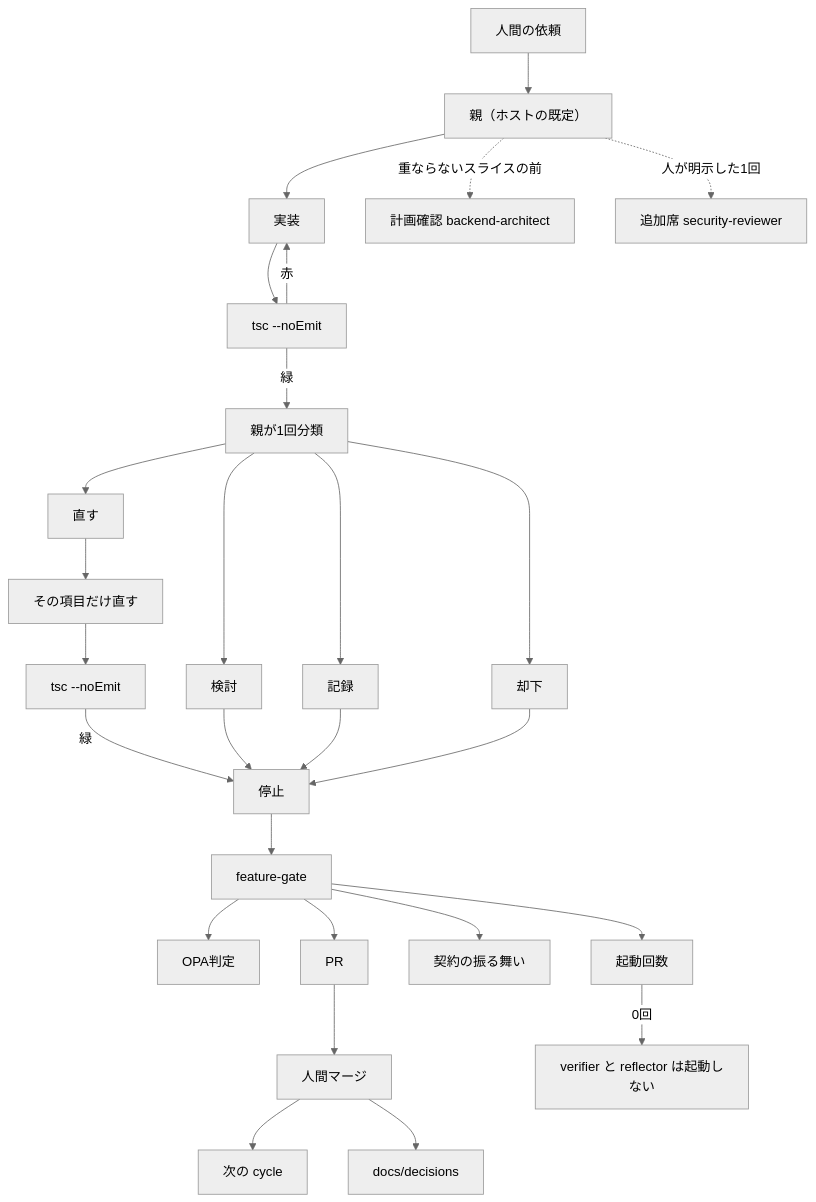
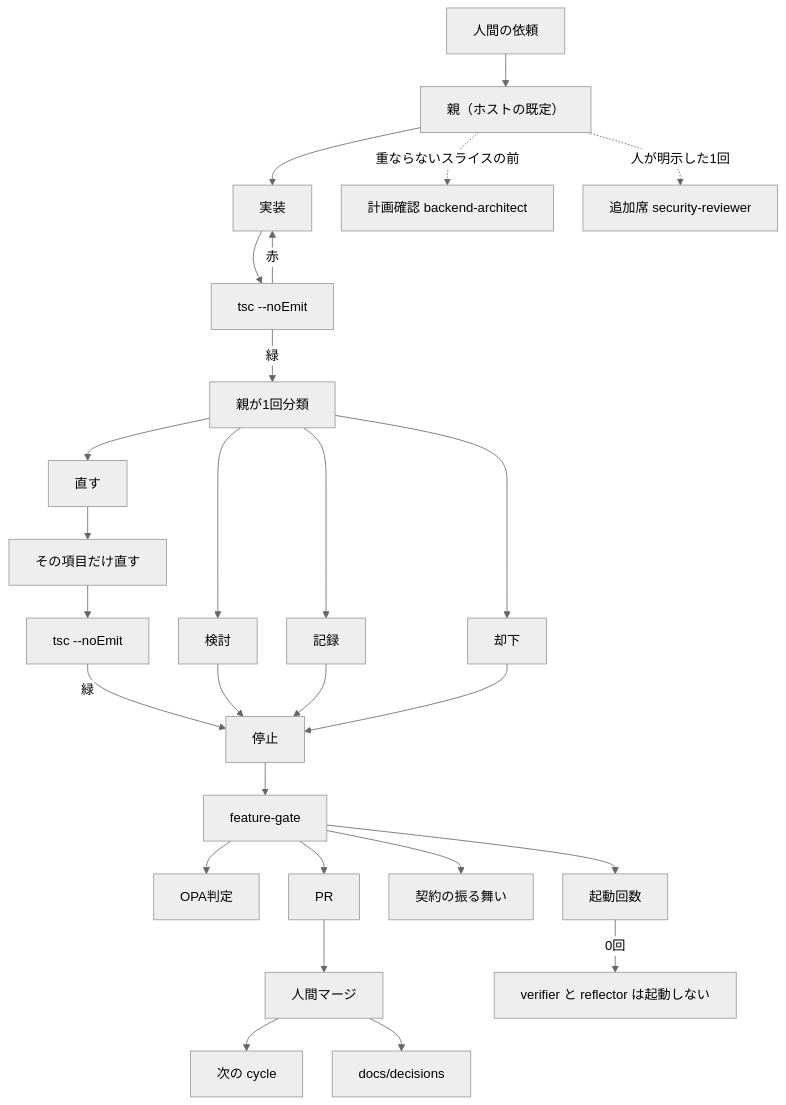
The diagram in docs/architecture/review-overview.mmd (marumo333/SuiteLLM), drawn with Mermaid (neutral theme) before and after one commit. The commit also changed 5 other files, not shown here.

First line of the commit message:
docs: ランタイム図などの見切れを直す

```diff
--- a/docs/architecture/review-overview.mmd
+++ b/docs/architecture/review-overview.mmd
@@ -1,27 +1,28 @@
+%%{init: {"flowchart": {"useMaxWidth": false, "htmlLabels": true, "wrappingWidth": 320, "padding": 16, "nodeSpacing": 36, "rankSpacing": 40, "diagramPadding": 28}}}%%
 flowchart TB
   H["人間の依頼"] --> G["親（ホストの既定）"]
   G --> IMP["実装"]
   IMP --> NE["tsc --noEmit"]
   NE -->|赤| IMP
   NE -->|緑| CLS["親が1回分類"]
   CLS --> FIX["直す"]
   CLS --> HOLD["検討"]
   CLS --> NOTE["記録"]
   CLS --> DROP["却下"]
   FIX --> EDIT["その項目だけ直す"]
   EDIT --> NE2["tsc --noEmit"]
   NE2 -->|緑| STOP["停止"]
   HOLD --> STOP
   NOTE --> STOP
   DROP --> STOP
   STOP --> FG["feature-gate"]
   FG --> OPA["OPA判定"]
   FG --> CAP["起動回数"]
   FG --> BEH["契約の振る舞い"]
   FG --> PR["PR"]
   PR --> HM["人間マージ"]
   HM --> CY["次の cycle"]
   HM --> DC["docs/decisions"]
   G -.->|重ならないスライスの前| BA["計画確認 backend-architect"]
   G -.->|人が明示した1回| SR["追加席 security-reviewer"]
   CAP -->|0回| OFF["verifier と reflector は起動しない"]
```
